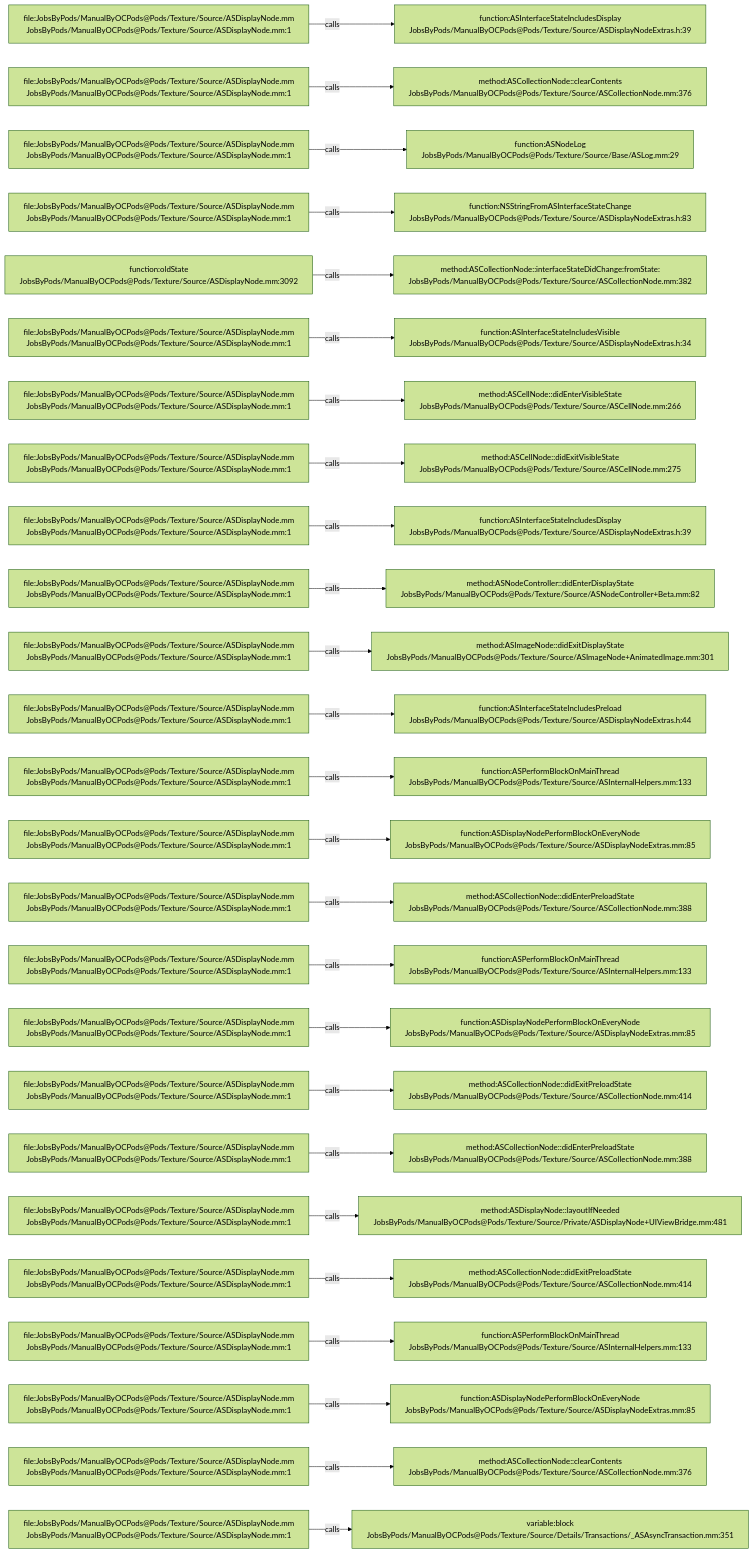
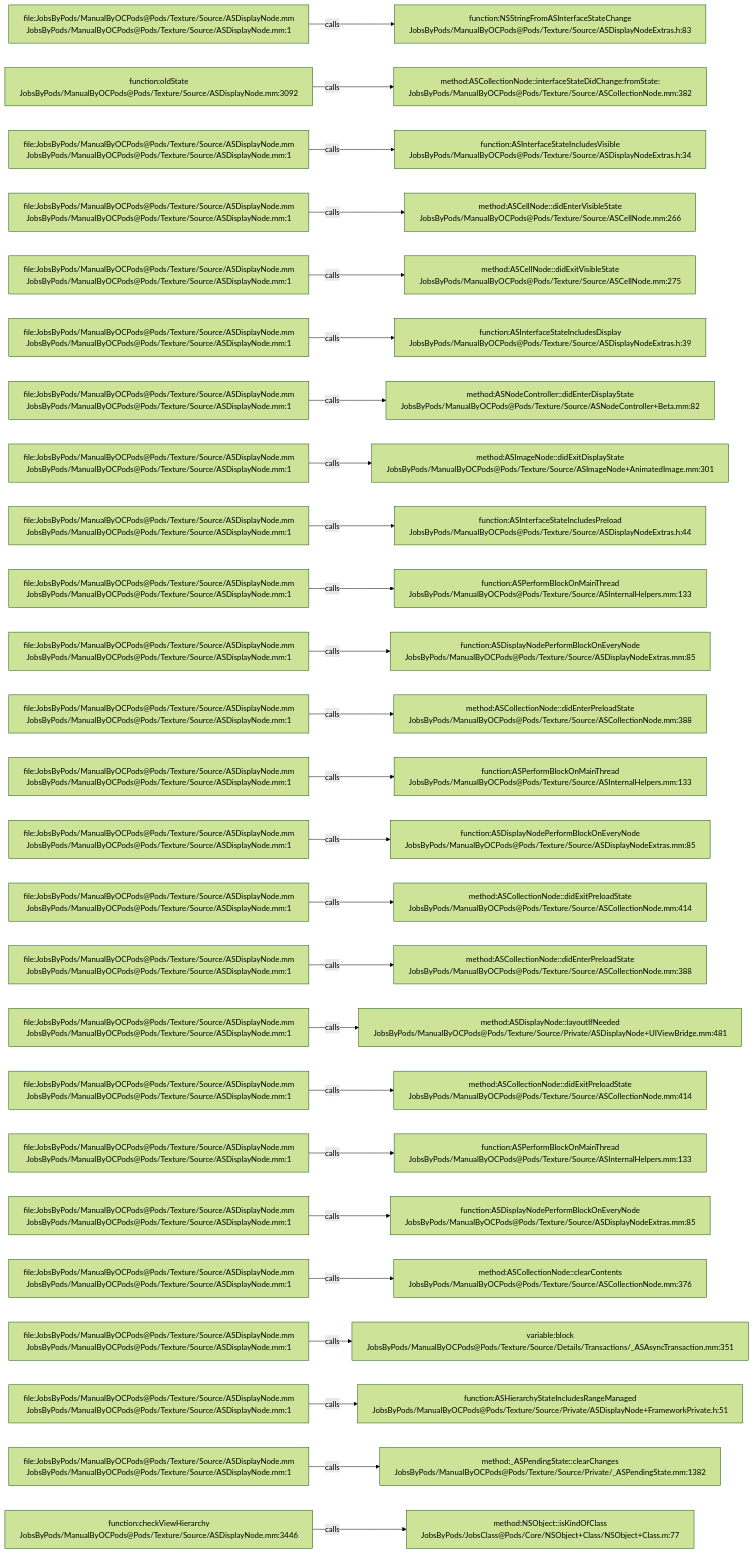
The diagram in .codegraph/codegraph.md/graphs/calls-105.md (JobsKits/JobsOCBaseConfigDemo), drawn with Mermaid (forest theme) before and after one commit. The commit also changed 342 other files, not shown here.

````diff
--- a/.codegraph/codegraph.md/graphs/calls-105.md
+++ b/.codegraph/codegraph.md/graphs/calls-105.md
@@ -13,78 +13,78 @@
 ```mermaid
 flowchart LR
   S1["file:JobsByPods/ManualByOCPods@Pods/Texture/Source/ASDisplayNode.mm<br/>JobsByPods/ManualByOCPods@Pods/Texture/Source/ASDisplayNode.mm:1"]
-  T1["function:ASInterfaceStateIncludesDisplay<br/>JobsByPods/ManualByOCPods@Pods/Texture/Source/ASDisplayNodeExtras.h:39"]
+  T1["function:NSStringFromASInterfaceStateChange<br/>JobsByPods/ManualByOCPods@Pods/Texture/Source/ASDisplayNodeExtras.h:83"]
   S1 -->|calls| T1
-  S2["file:JobsByPods/ManualByOCPods@Pods/Texture/Source/ASDisplayNode.mm<br/>JobsByPods/ManualByOCPods@Pods/Texture/Source/ASDisplayNode.mm:1"]
-  T2["method:ASCollectionNode::clearContents<br/>JobsByPods/ManualByOCPods@Pods/Texture/Source/ASCollectionNode.mm:376"]
+  S2["function:oldState<br/>JobsByPods/ManualByOCPods@Pods/Texture/Source/ASDisplayNode.mm:3092"]
+  T2["method:ASCollectionNode::interfaceStateDidChange:fromState:<br/>JobsByPods/ManualByOCPods@Pods/Texture/Source/ASCollectionNode.mm:382"]
   S2 -->|calls| T2
   S3["file:JobsByPods/ManualByOCPods@Pods/Texture/Source/ASDisplayNode.mm<br/>JobsByPods/ManualByOCPods@Pods/Texture/Source/ASDisplayNode.mm:1"]
-  T3["function:ASNodeLog<br/>JobsByPods/ManualByOCPods@Pods/Texture/Source/Base/ASLog.mm:29"]
+  T3["function:ASInterfaceStateIncludesVisible<br/>JobsByPods/ManualByOCPods@Pods/Texture/Source/ASDisplayNodeExtras.h:34"]
   S3 -->|calls| T3
   S4["file:JobsByPods/ManualByOCPods@Pods/Texture/Source/ASDisplayNode.mm<br/>JobsByPods/ManualByOCPods@Pods/Texture/Source/ASDisplayNode.mm:1"]
-  T4["function:NSStringFromASInterfaceStateChange<br/>JobsByPods/ManualByOCPods@Pods/Texture/Source/ASDisplayNodeExtras.h:83"]
+  T4["method:ASCellNode::didEnterVisibleState<br/>JobsByPods/ManualByOCPods@Pods/Texture/Source/ASCellNode.mm:266"]
   S4 -->|calls| T4
-  S5["function:oldState<br/>JobsByPods/ManualByOCPods@Pods/Texture/Source/ASDisplayNode.mm:3092"]
-  T5["method:ASCollectionNode::interfaceStateDidChange:fromState:<br/>JobsByPods/ManualByOCPods@Pods/Texture/Source/ASCollectionNode.mm:382"]
+  S5["file:JobsByPods/ManualByOCPods@Pods/Texture/Source/ASDisplayNode.mm<br/>JobsByPods/ManualByOCPods@Pods/Texture/Source/ASDisplayNode.mm:1"]
+  T5["method:ASCellNode::didExitVisibleState<br/>JobsByPods/ManualByOCPods@Pods/Texture/Source/ASCellNode.mm:275"]
   S5 -->|calls| T5
   S6["file:JobsByPods/ManualByOCPods@Pods/Texture/Source/ASDisplayNode.mm<br/>JobsByPods/ManualByOCPods@Pods/Texture/Source/ASDisplayNode.mm:1"]
-  T6["function:ASInterfaceStateIncludesVisible<br/>JobsByPods/ManualByOCPods@Pods/Texture/Source/ASDisplayNodeExtras.h:34"]
+  T6["function:ASInterfaceStateIncludesDisplay<br/>JobsByPods/ManualByOCPods@Pods/Texture/Source/ASDisplayNodeExtras.h:39"]
   S6 -->|calls| T6
   S7["file:JobsByPods/ManualByOCPods@Pods/Texture/Source/ASDisplayNode.mm<br/>JobsByPods/ManualByOCPods@Pods/Texture/Source/ASDisplayNode.mm:1"]
-  T7["method:ASCellNode::didEnterVisibleState<br/>JobsByPods/ManualByOCPods@Pods/Texture/Source/ASCellNode.mm:266"]
+  T7["method:ASNodeController::didEnterDisplayState<br/>JobsByPods/ManualByOCPods@Pods/Texture/Source/ASNodeController+Beta.mm:82"]
   S7 -->|calls| T7
   S8["file:JobsByPods/ManualByOCPods@Pods/Texture/Source/ASDisplayNode.mm<br/>JobsByPods/ManualByOCPods@Pods/Texture/Source/ASDisplayNode.mm:1"]
-  T8["method:ASCellNode::didExitVisibleState<br/>JobsByPods/ManualByOCPods@Pods/Texture/Source/ASCellNode.mm:275"]
+  T8["method:ASImageNode::didExitDisplayState<br/>JobsByPods/ManualByOCPods@Pods/Texture/Source/ASImageNode+AnimatedImage.mm:301"]
   S8 -->|calls| T8
   S9["file:JobsByPods/ManualByOCPods@Pods/Texture/Source/ASDisplayNode.mm<br/>JobsByPods/ManualByOCPods@Pods/Texture/Source/ASDisplayNode.mm:1"]
-  T9["function:ASInterfaceStateIncludesDisplay<br/>JobsByPods/ManualByOCPods@Pods/Texture/Source/ASDisplayNodeExtras.h:39"]
+  T9["function:ASInterfaceStateIncludesPreload<br/>JobsByPods/ManualByOCPods@Pods/Texture/Source/ASDisplayNodeExtras.h:44"]
   S9 -->|calls| T9
   S10["file:JobsByPods/ManualByOCPods@Pods/Texture/Source/ASDisplayNode.mm<br/>JobsByPods/ManualByOCPods@Pods/Texture/Source/ASDisplayNode.mm:1"]
-  T10["method:ASNodeController::didEnterDisplayState<br/>JobsByPods/ManualByOCPods@Pods/Texture/Source/ASNodeController+Beta.mm:82"]
+  T10["function:ASPerformBlockOnMainThread<br/>JobsByPods/ManualByOCPods@Pods/Texture/Source/ASInternalHelpers.mm:133"]
   S10 -->|calls| T10
   S11["file:JobsByPods/ManualByOCPods@Pods/Texture/Source/ASDisplayNode.mm<br/>JobsByPods/ManualByOCPods@Pods/Texture/Source/ASDisplayNode.mm:1"]
-  T11["method:ASImageNode::didExitDisplayState<br/>JobsByPods/ManualByOCPods@Pods/Texture/Source/ASImageNode+AnimatedImage.mm:301"]
+  T11["function:ASDisplayNodePerformBlockOnEveryNode<br/>JobsByPods/ManualByOCPods@Pods/Texture/Source/ASDisplayNodeExtras.mm:85"]
   S11 -->|calls| T11
   S12["file:JobsByPods/ManualByOCPods@Pods/Texture/Source/ASDisplayNode.mm<br/>JobsByPods/ManualByOCPods@Pods/Texture/Source/ASDisplayNode.mm:1"]
-  T12["function:ASInterfaceStateIncludesPreload<br/>JobsByPods/ManualByOCPods@Pods/Texture/Source/ASDisplayNodeExtras.h:44"]
+  T12["method:ASCollectionNode::didEnterPreloadState<br/>JobsByPods/ManualByOCPods@Pods/Texture/Source/ASCollectionNode.mm:388"]
   S12 -->|calls| T12
   S13["file:JobsByPods/ManualByOCPods@Pods/Texture/Source/ASDisplayNode.mm<br/>JobsByPods/ManualByOCPods@Pods/Texture/Source/ASDisplayNode.mm:1"]
   T13["function:ASPerformBlockOnMainThread<br/>JobsByPods/ManualByOCPods@Pods/Texture/Source/ASInternalHelpers.mm:133"]
   S13 -->|calls| T13
   S14["file:JobsByPods/ManualByOCPods@Pods/Texture/Source/ASDisplayNode.mm<br/>JobsByPods/ManualByOCPods@Pods/Texture/Source/ASDisplayNode.mm:1"]
   T14["function:ASDisplayNodePerformBlockOnEveryNode<br/>JobsByPods/ManualByOCPods@Pods/Texture/Source/ASDisplayNodeExtras.mm:85"]
   S14 -->|calls| T14
   S15["file:JobsByPods/ManualByOCPods@Pods/Texture/Source/ASDisplayNode.mm<br/>JobsByPods/ManualByOCPods@Pods/Texture/Source/ASDisplayNode.mm:1"]
-  T15["method:ASCollectionNode::didEnterPreloadState<br/>JobsByPods/ManualByOCPods@Pods/Texture/Source/ASCollectionNode.mm:388"]
+  T15["method:ASCollectionNode::didExitPreloadState<br/>JobsByPods/ManualByOCPods@Pods/Texture/Source/ASCollectionNode.mm:414"]
   S15 -->|calls| T15
   S16["file:JobsByPods/ManualByOCPods@Pods/Texture/Source/ASDisplayNode.mm<br/>JobsByPods/ManualByOCPods@Pods/Texture/Source/ASDisplayNode.mm:1"]
-  T16["function:ASPerformBlockOnMainThread<br/>JobsByPods/ManualByOCPods@Pods/Texture/Source/ASInternalHelpers.mm:133"]
+  T16["method:ASCollectionNode::didEnterPreloadState<br/>JobsByPods/ManualByOCPods@Pods/Texture/Source/ASCollectionNode.mm:388"]
   S16 -->|calls| T16
   S17["file:JobsByPods/ManualByOCPods@Pods/Texture/Source/ASDisplayNode.mm<br/>JobsByPods/ManualByOCPods@Pods/Texture/Source/ASDisplayNode.mm:1"]
-  T17["function:ASDisplayNodePerformBlockOnEveryNode<br/>JobsByPods/ManualByOCPods@Pods/Texture/Source/ASDisplayNodeExtras.mm:85"]
+  T17["method:ASDisplayNode::layoutIfNeeded<br/>JobsByPods/ManualByOCPods@Pods/Texture/Source/Private/ASDisplayNode+UIViewBridge.mm:481"]
   S17 -->|calls| T17
   S18["file:JobsByPods/ManualByOCPods@Pods/Texture/Source/ASDisplayNode.mm<br/>JobsByPods/ManualByOCPods@Pods/Texture/Source/ASDisplayNode.mm:1"]
   T18["method:ASCollectionNode::didExitPreloadState<br/>JobsByPods/ManualByOCPods@Pods/Texture/Source/ASCollectionNode.mm:414"]
   S18 -->|calls| T18
   S19["file:JobsByPods/ManualByOCPods@Pods/Texture/Source/ASDisplayNode.mm<br/>JobsByPods/ManualByOCPods@Pods/Texture/Source/ASDisplayNode.mm:1"]
-  T19["method:ASCollectionNode::didEnterPreloadState<br/>JobsByPods/ManualByOCPods@Pods/Texture/Source/ASCollectionNode.mm:388"]
+  T19["function:ASPerformBlockOnMainThread<br/>JobsByPods/ManualByOCPods@Pods/Texture/Source/ASInternalHelpers.mm:133"]
   S19 -->|calls| T19
   S20["file:JobsByPods/ManualByOCPods@Pods/Texture/Source/ASDisplayNode.mm<br/>JobsByPods/ManualByOCPods@Pods/Texture/Source/ASDisplayNode.mm:1"]
-  T20["method:ASDisplayNode::layoutIfNeeded<br/>JobsByPods/ManualByOCPods@Pods/Texture/Source/Private/ASDisplayNode+UIViewBridge.mm:481"]
+  T20["function:ASDisplayNodePerformBlockOnEveryNode<br/>JobsByPods/ManualByOCPods@Pods/Texture/Source/ASDisplayNodeExtras.mm:85"]
   S20 -->|calls| T20
   S21["file:JobsByPods/ManualByOCPods@Pods/Texture/Source/ASDisplayNode.mm<br/>JobsByPods/ManualByOCPods@Pods/Texture/Source/ASDisplayNode.mm:1"]
-  T21["method:ASCollectionNode::didExitPreloadState<br/>JobsByPods/ManualByOCPods@Pods/Texture/Source/ASCollectionNode.mm:414"]
+  T21["method:ASCollectionNode::clearContents<br/>JobsByPods/ManualByOCPods@Pods/Texture/Source/ASCollectionNode.mm:376"]
   S21 -->|calls| T21
   S22["file:JobsByPods/ManualByOCPods@Pods/Texture/Source/ASDisplayNode.mm<br/>JobsByPods/ManualByOCPods@Pods/Texture/Source/ASDisplayNode.mm:1"]
-  T22["function:ASPerformBlockOnMainThread<br/>JobsByPods/ManualByOCPods@Pods/Texture/Source/ASInternalHelpers.mm:133"]
+  T22["variable:block<br/>JobsByPods/ManualByOCPods@Pods/Texture/Source/Details/Transactions/_ASAsyncTransaction.mm:351"]
   S22 -->|calls| T22
   S23["file:JobsByPods/ManualByOCPods@Pods/Texture/Source/ASDisplayNode.mm<br/>JobsByPods/ManualByOCPods@Pods/Texture/Source/ASDisplayNode.mm:1"]
-  T23["function:ASDisplayNodePerformBlockOnEveryNode<br/>JobsByPods/ManualByOCPods@Pods/Texture/Source/ASDisplayNodeExtras.mm:85"]
+  T23["function:ASHierarchyStateIncludesRangeManaged<br/>JobsByPods/ManualByOCPods@Pods/Texture/Source/Private/ASDisplayNode+FrameworkPrivate.h:51"]
   S23 -->|calls| T23
   S24["file:JobsByPods/ManualByOCPods@Pods/Texture/Source/ASDisplayNode.mm<br/>JobsByPods/ManualByOCPods@Pods/Texture/Source/ASDisplayNode.mm:1"]
-  T24["method:ASCollectionNode::clearContents<br/>JobsByPods/ManualByOCPods@Pods/Texture/Source/ASCollectionNode.mm:376"]
+  T24["method:_ASPendingState::clearChanges<br/>JobsByPods/ManualByOCPods@Pods/Texture/Source/Private/_ASPendingState.mm:1382"]
   S24 -->|calls| T24
-  S25["file:JobsByPods/ManualByOCPods@Pods/Texture/Source/ASDisplayNode.mm<br/>JobsByPods/ManualByOCPods@Pods/Texture/Source/ASDisplayNode.mm:1"]
-  T25["variable:block<br/>JobsByPods/ManualByOCPods@Pods/Texture/Source/Details/Transactions/_ASAsyncTransaction.mm:351"]
+  S25["function:checkViewHierarchy<br/>JobsByPods/ManualByOCPods@Pods/Texture/Source/ASDisplayNode.mm:3446"]
+  T25["method:NSObject::isKindOfClass<br/>JobsByPods/JobsClass@Pods/Core/NSObject+Class/NSObject+Class.m:77"]
   S25 -->|calls| T25
 ```
````
